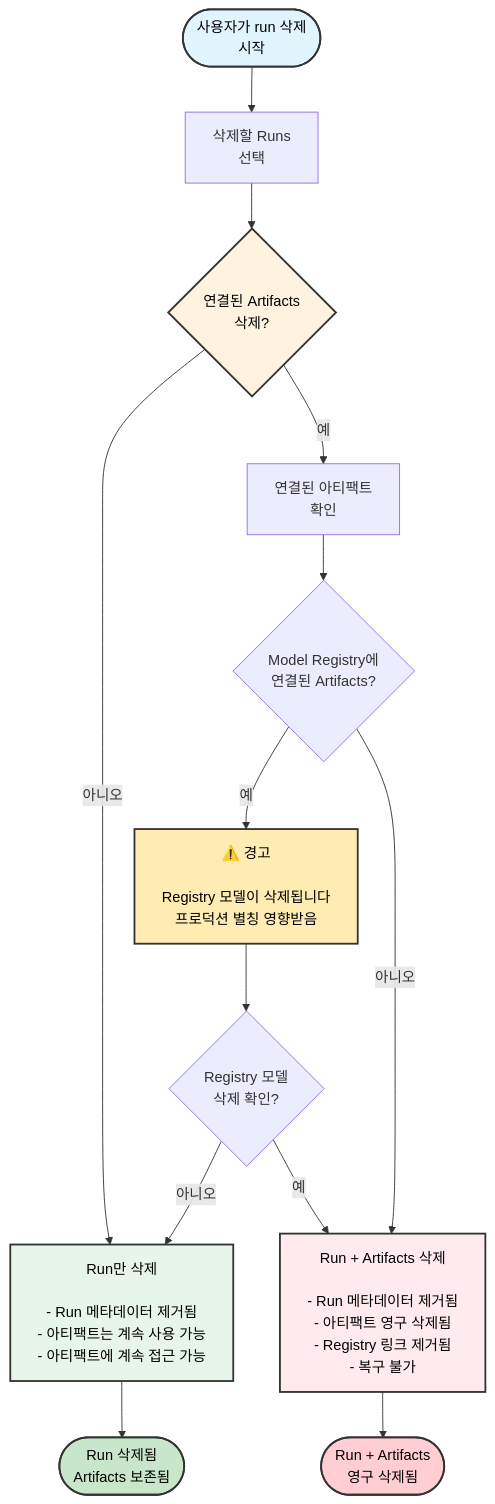
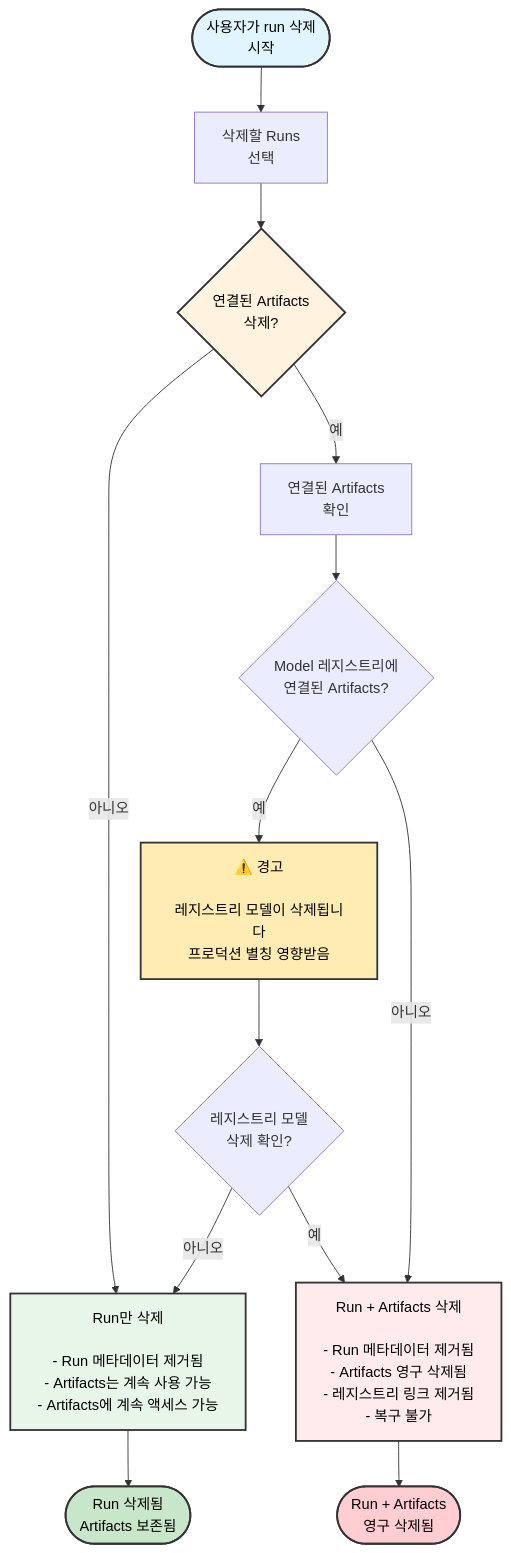
Before and after one commit to wandb/docs: the diagram in ko/models/runs/delete-runs.mdx, drawn with Mermaid. The commit also changed other lines of this file and 2655 other files, not shown here.

````diff
--- a/ko/models/runs/delete-runs.mdx
+++ b/ko/models/runs/delete-runs.mdx
@@ -28,31 +28,31 @@
 ```mermaid
 graph TB
     Start([사용자가 run 삭제<br/>시작]) --> RunSelect[삭제할 Runs<br/>선택]
     
     RunSelect --> DeletePrompt{연결된 Artifacts<br/>삭제?}
     
-    DeletePrompt -->|아니오| DeleteRunOnly[Run만 삭제<br/><br/>- Run 메타데이터 제거됨<br/>- 아티팩트는 계속 사용 가능<br/>- 아티팩트에 계속 접근 가능]
+    DeletePrompt -->|아니오| DeleteRunOnly[Run만 삭제<br/><br/>- Run 메타데이터 제거됨<br/>- Artifacts는 계속 사용 가능<br/>- Artifacts에 계속 액세스 가능]
     
-    DeletePrompt -->|예| CheckArtifacts[연결된 아티팩트<br/>확인]
+    DeletePrompt -->|예| CheckArtifacts[연결된 Artifacts<br/>확인]
     
-    CheckArtifacts --> HasRegistry{Model Registry에<br/>연결된 Artifacts?}
+    CheckArtifacts --> HasRegistry{Model 레지스트리에<br/>연결된 Artifacts?}
     
-    HasRegistry -->|예| RegistryWarning[⚠️ 경고<br/><br/>Registry 모델이 삭제됩니다<br/>프로덕션 별칭 영향받음]
+    HasRegistry -->|예| RegistryWarning[⚠️ 경고<br/><br/>레지스트리 모델이 삭제됩니다<br/>프로덕션 별칭 영향받음]
     HasRegistry -->|아니오| DirectDelete
     
-    RegistryWarning --> ConfirmRegistry{Registry 모델<br/>삭제 확인?}
+    RegistryWarning --> ConfirmRegistry{레지스트리 모델<br/>삭제 확인?}
     
     ConfirmRegistry -->|아니오| DeleteRunOnly
-    ConfirmRegistry -->|예| DirectDelete[Run + Artifacts 삭제<br/><br/>- Run 메타데이터 제거됨<br/>- 아티팩트 영구 삭제됨<br/>- Registry 링크 제거됨<br/>- 복구 불가]
+    ConfirmRegistry -->|예| DirectDelete[Run + Artifacts 삭제<br/><br/>- Run 메타데이터 제거됨<br/>- Artifacts 영구 삭제됨<br/>- 레지스트리 링크 제거됨<br/>- 복구 불가]
     
     DeleteRunOnly --> PartialEnd([Run 삭제됨<br/>Artifacts 보존됨])
     DirectDelete --> FullEnd([Run + Artifacts<br/>영구 삭제됨])
     
     style Start fill:#e1f5fe,stroke:#333,stroke-width:2px,color:#000
     style DeletePrompt fill:#fff3e0,stroke:#333,stroke-width:2px,color:#000
     style RegistryWarning fill:#ffecb3,stroke:#333,stroke-width:2px,color:#000
     style DirectDelete fill:#ffebee,stroke:#333,stroke-width:2px,color:#000
     style DeleteRunOnly fill:#e8f5e9,stroke:#333,stroke-width:2px,color:#000
     style PartialEnd fill:#c8e6c9,stroke:#333,stroke-width:2px,color:#000
     style FullEnd fill:#ffcdd2,stroke:#333,stroke-width:2px,color:#000
 ```
````
